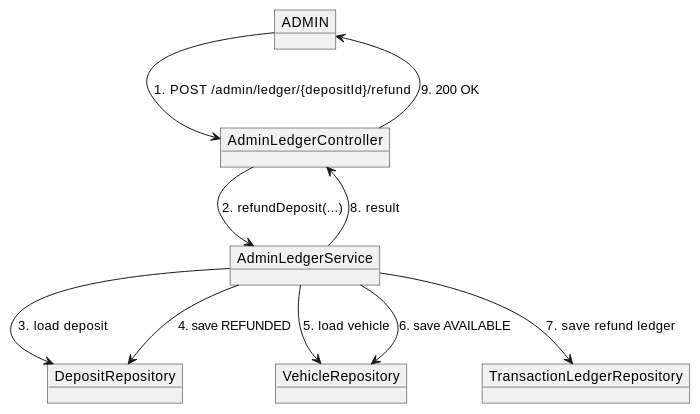
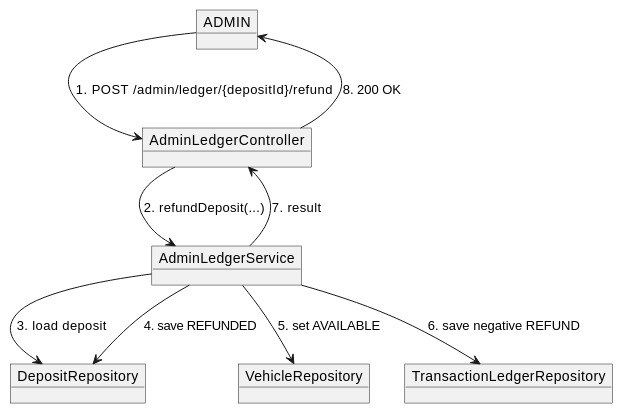
One commit to Trung-Khang/AutoTrade changed the sixth of 6 diagrams in docs/UML/Collaboration_Diagrams.md. Above: the diagram before and after it, drawn with PlantUML. The commit also changed other lines of this file and 9 other files, not shown here.

Commit message:
docs(TV5): cập nhật tài liệu UML, CSDL, SRS và báo cáo tiến độ TV5 - Sáng 1/10/2026

````diff
--- a/docs/UML/Collaboration_Diagrams.md
+++ b/docs/UML/Collaboration_Diagrams.md
@@ -72,20 +127,19 @@
 ```plantuml
 @startuml
 object ADMIN
 object AdminLedgerController
 object AdminLedgerService
 object DepositRepository
 object VehicleRepository
 object TransactionLedgerRepository
 
 ADMIN --> AdminLedgerController : 1. POST /admin/ledger/{depositId}/refund
 AdminLedgerController --> AdminLedgerService : 2. refundDeposit(...)
 AdminLedgerService --> DepositRepository : 3. load deposit
 AdminLedgerService --> DepositRepository : 4. save REFUNDED
-AdminLedgerService --> VehicleRepository : 5. load vehicle
-AdminLedgerService --> VehicleRepository : 6. save AVAILABLE
-AdminLedgerService --> TransactionLedgerRepository : 7. save refund ledger
-AdminLedgerService --> AdminLedgerController : 8. result
-AdminLedgerController --> ADMIN : 9. 200 OK
+AdminLedgerService --> VehicleRepository : 5. set AVAILABLE
+AdminLedgerService --> TransactionLedgerRepository : 6. save negative REFUND
+AdminLedgerService --> AdminLedgerController : 7. result
+AdminLedgerController --> ADMIN : 8. 200 OK
 @enduml
 ```
````
